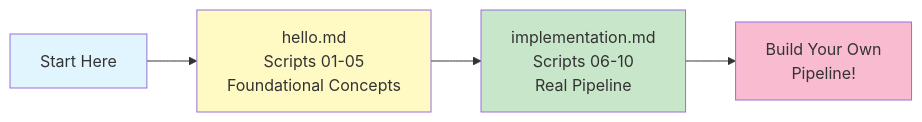
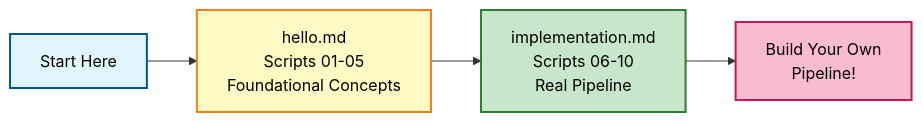
Before and after one commit to ISUgenomics/isu-nextflow-workshop: the diagram in README.md, drawn with Mermaid.

Commit message:
updated README: black font to text in learning path

````diff
--- a/README.md
+++ b/README.md
@@ -189,11 +189,11 @@
 ```mermaid
 graph LR
     A[Start Here] --> B[hello.md<br/>Scripts 01-05<br/>Foundational Concepts]
     B --> C[implementation.md<br/>Scripts 06-10<br/>Real Pipeline]
     C --> D[Build Your Own<br/>Pipeline!]
     
-    style A fill:#e1f5ff
-    style B fill:#fff9c4
-    style C fill:#c8e6c9
-    style D fill:#f8bbd0
+    style A fill:#e1f5ff,stroke:#01579b,stroke-width:2px,color:#000
+    style B fill:#fff9c4,stroke:#f57f17,stroke-width:2px,color:#000
+    style C fill:#c8e6c9,stroke:#2e7d32,stroke-width:2px,color:#000
+    style D fill:#f8bbd0,stroke:#c2185b,stroke-width:2px,color:#000
 ```
````
